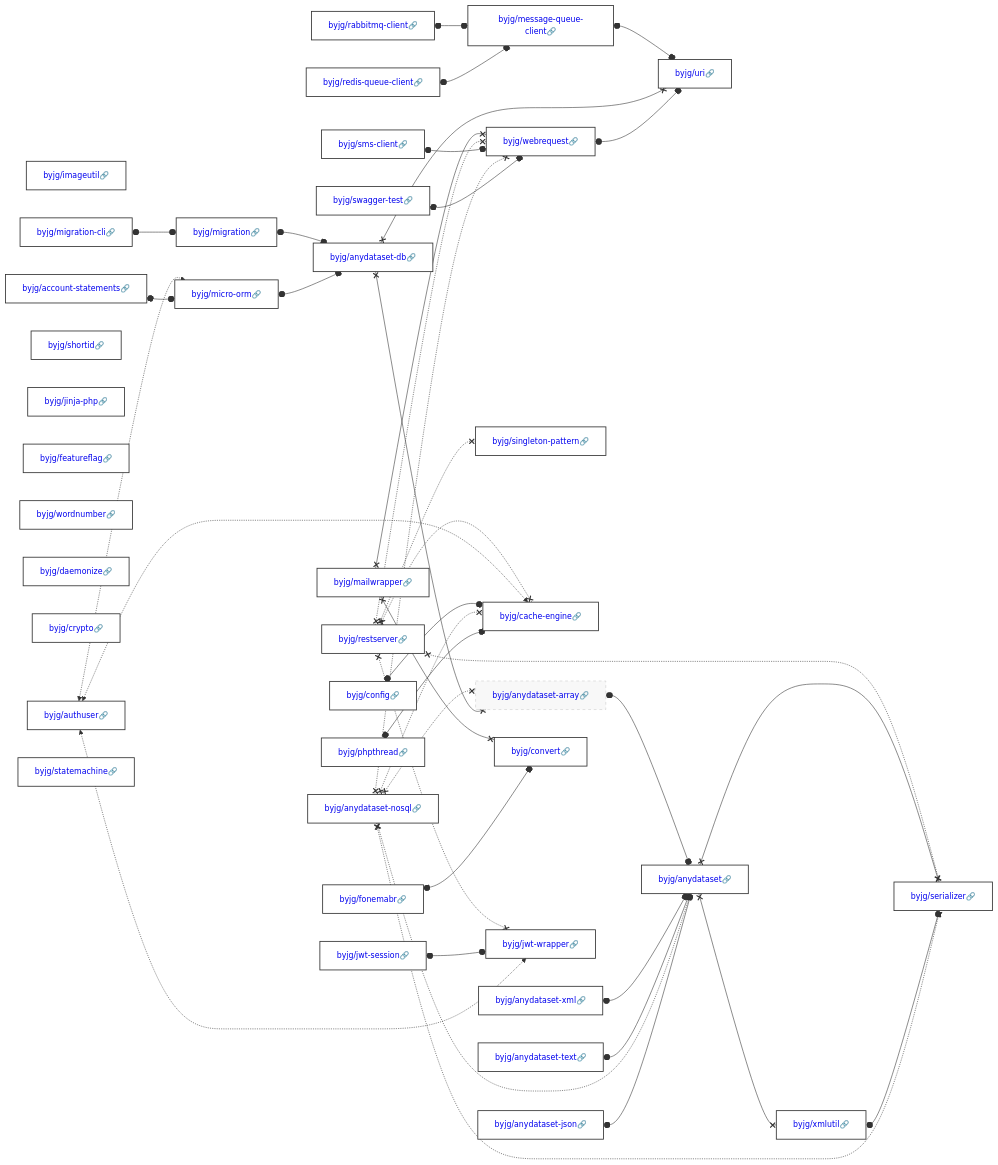
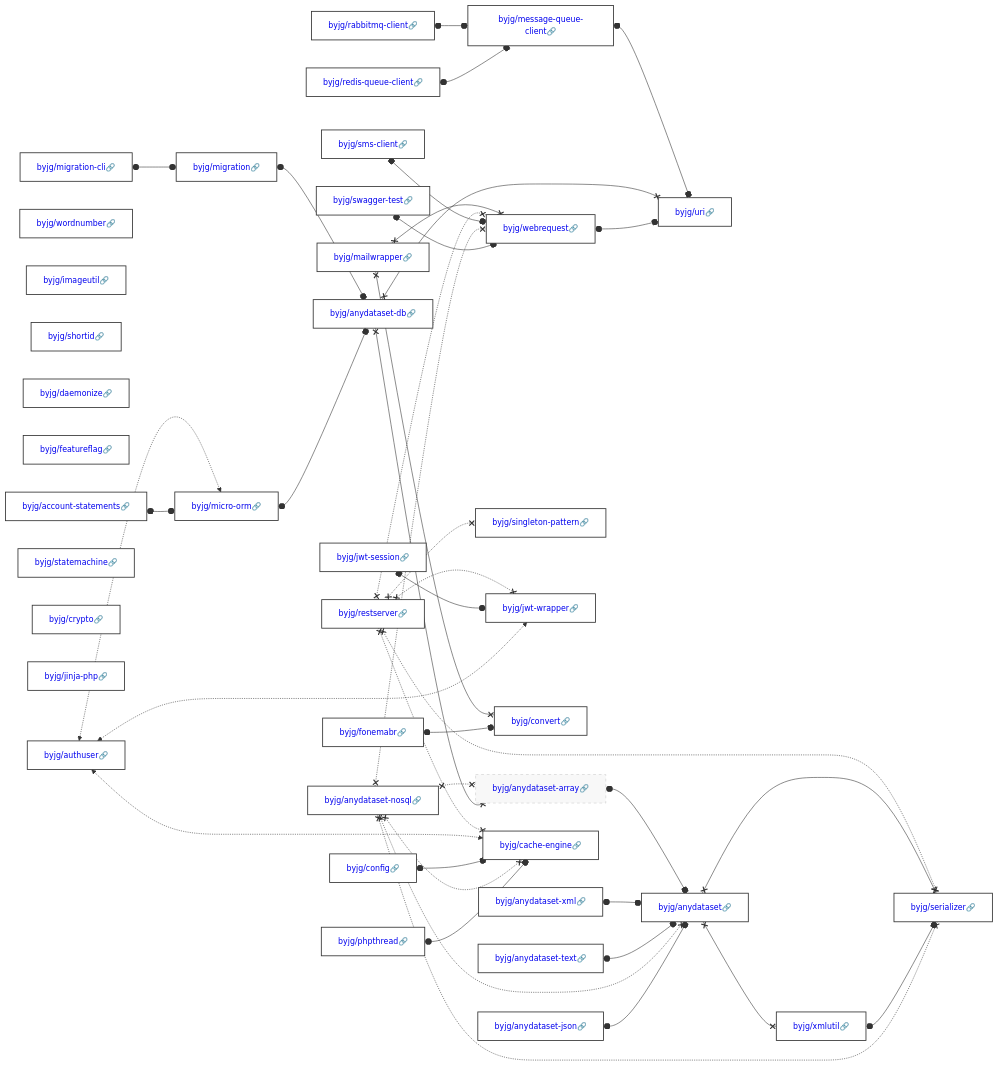
One commit to byjg/byjg.github.io changed the diagram in docs/php/README.md. Above: the diagram before and after it, drawn with Mermaid. The commit also changed other lines of this file and 3 other files, not shown here.

Commit message:
Update documentation 'php' 'php-micro-orm'

````diff
--- a/docs/php/README.md
+++ b/docs/php/README.md
@@ -3,38 +3,38 @@
 ```mermaid
 graph LR;
+  byjg/redis-queue-client[<a href='https://opensource.byjg.com/docs/php/redis-queue-client' style='text-decoration:none'>byjg/redis-queue-client🔗</a>];
+  byjg/anydataset-xml[<a href='https://opensource.byjg.com/docs/php/anydataset-xml' style='text-decoration:none'>byjg/anydataset-xml🔗</a>];
+  byjg/phpthread[<a href='https://opensource.byjg.com/docs/php/phpthread' style='text-decoration:none'>byjg/phpthread🔗</a>];
+  byjg/anydataset-text[<a href='https://opensource.byjg.com/docs/php/anydataset-text' style='text-decoration:none'>byjg/anydataset-text🔗</a>];
+  byjg/account-statements[<a href='https://opensource.byjg.com/docs/php/account-statements' style='text-decoration:none'>byjg/account-statements🔗</a>];
+  byjg/sms-client[<a href='https://opensource.byjg.com/docs/php/sms-client' style='text-decoration:none'>byjg/sms-client🔗</a>];
+  byjg/mailwrapper[<a href='https://opensource.byjg.com/docs/php/mailwrapper' style='text-decoration:none'>byjg/mailwrapper🔗</a>];
+  byjg/config[<a href='https://opensource.byjg.com/docs/php/config' style='text-decoration:none'>byjg/config🔗</a>];
+  byjg/wordnumber[<a href='https://opensource.byjg.com/docs/php/wordnumber' style='text-decoration:none'>byjg/wordnumber🔗</a>];
+  byjg/anydataset-json[<a href='https://opensource.byjg.com/docs/php/anydataset-json' style='text-decoration:none'>byjg/anydataset-json🔗</a>];
   byjg/imageutil[<a href='https://opensource.byjg.com/docs/php/imageutil' style='text-decoration:none'>byjg/imageutil🔗</a>];
+  byjg/shortid[<a href='https://opensource.byjg.com/docs/php/shortid' style='text-decoration:none'>byjg/shortid🔗</a>];
+  byjg/daemonize[<a href='https://opensource.byjg.com/docs/php/daemonize' style='text-decoration:none'>byjg/daemonize🔗</a>];
+  byjg/featureflag[<a href='https://opensource.byjg.com/docs/php/featureflag' style='text-decoration:none'>byjg/featureflag🔗</a>];
+  byjg/authuser[<a href='https://opensource.byjg.com/docs/php/authuser' style='text-decoration:none'>byjg/authuser🔗</a>];
+  byjg/statemachine[<a href='https://opensource.byjg.com/docs/php/statemachine' style='text-decoration:none'>byjg/statemachine🔗</a>];
+  byjg/restserver[<a href='https://opensource.byjg.com/docs/php/restserver' style='text-decoration:none'>byjg/restserver🔗</a>];
+  byjg/swagger-test[<a href='https://opensource.byjg.com/docs/php/swagger-test' style='text-decoration:none'>byjg/swagger-test🔗</a>];
+  byjg/jwt-session[<a href='https://opensource.byjg.com/docs/php/jwt-session' style='text-decoration:none'>byjg/jwt-session🔗</a>];
+  byjg/fonemabr[<a href='https://opensource.byjg.com/docs/php/fonemabr' style='text-decoration:none'>byjg/fonemabr🔗</a>];
+  byjg/crypto[<a href='https://opensource.byjg.com/docs/php/crypto' style='text-decoration:none'>byjg/crypto🔗</a>];
+  byjg/jinja-php[<a href='https://opensource.byjg.com/docs/php/jinja-php' style='text-decoration:none'>byjg/jinja-php🔗</a>];
+  byjg/rabbitmq-client[<a href='https://opensource.byjg.com/docs/php/rabbitmq-client' style='text-decoration:none'>byjg/rabbitmq-client🔗</a>];
+  byjg/anydataset-nosql[<a href='https://opensource.byjg.com/docs/php/anydataset-nosql' style='text-decoration:none'>byjg/anydataset-nosql🔗</a>];
   byjg/migration-cli[<a href='https://opensource.byjg.com/docs/php/migration-cli' style='text-decoration:none'>byjg/migration-cli🔗</a>];
-  byjg/authuser[<a href='https://opensource.byjg.com/docs/php/authuser' style='text-decoration:none'>byjg/authuser🔗</a>];
-  byjg/anydataset-text[<a href='https://opensource.byjg.com/docs/php/anydataset-text' style='text-decoration:none'>byjg/anydataset-text🔗</a>];
-  byjg/shortid[<a href='https://opensource.byjg.com/docs/php/shortid' style='text-decoration:none'>byjg/shortid🔗</a>];
-  byjg/jinja-php[<a href='https://opensource.byjg.com/docs/php/jinja-php' style='text-decoration:none'>byjg/jinja-php🔗</a>];
-  byjg/restserver[<a href='https://opensource.byjg.com/docs/php/restserver' style='text-decoration:none'>byjg/restserver🔗</a>];
-  byjg/sms-client[<a href='https://opensource.byjg.com/docs/php/sms-client' style='text-decoration:none'>byjg/sms-client🔗</a>];
-  byjg/featureflag[<a href='https://opensource.byjg.com/docs/php/featureflag' style='text-decoration:none'>byjg/featureflag🔗</a>];
-  byjg/anydataset-xml[<a href='https://opensource.byjg.com/docs/php/anydataset-xml' style='text-decoration:none'>byjg/anydataset-xml🔗</a>];
-  byjg/config[<a href='https://opensource.byjg.com/docs/php/config' style='text-decoration:none'>byjg/config🔗</a>];
-  byjg/anydataset-nosql[<a href='https://opensource.byjg.com/docs/php/anydataset-nosql' style='text-decoration:none'>byjg/anydataset-nosql🔗</a>];
-  byjg/phpthread[<a href='https://opensource.byjg.com/docs/php/phpthread' style='text-decoration:none'>byjg/phpthread🔗</a>];
-  byjg/mailwrapper[<a href='https://opensource.byjg.com/docs/php/mailwrapper' style='text-decoration:none'>byjg/mailwrapper🔗</a>];
-  byjg/wordnumber[<a href='https://opensource.byjg.com/docs/php/wordnumber' style='text-decoration:none'>byjg/wordnumber🔗</a>];
-  byjg/swagger-test[<a href='https://opensource.byjg.com/docs/php/swagger-test' style='text-decoration:none'>byjg/swagger-test🔗</a>];
-  byjg/daemonize[<a href='https://opensource.byjg.com/docs/php/daemonize' style='text-decoration:none'>byjg/daemonize🔗</a>];
-  byjg/crypto[<a href='https://opensource.byjg.com/docs/php/crypto' style='text-decoration:none'>byjg/crypto🔗</a>];
-  byjg/rabbitmq-client[<a href='https://opensource.byjg.com/docs/php/rabbitmq-client' style='text-decoration:none'>byjg/rabbitmq-client🔗</a>];
-  byjg/redis-queue-client[<a href='https://opensource.byjg.com/docs/php/redis-queue-client' style='text-decoration:none'>byjg/redis-queue-client🔗</a>];
-  byjg/fonemabr[<a href='https://opensource.byjg.com/docs/php/fonemabr' style='text-decoration:none'>byjg/fonemabr🔗</a>];
-  byjg/jwt-session[<a href='https://opensource.byjg.com/docs/php/jwt-session' style='text-decoration:none'>byjg/jwt-session🔗</a>];
-  byjg/account-statements[<a href='https://opensource.byjg.com/docs/php/account-statements' style='text-decoration:none'>byjg/account-statements🔗</a>];
-  byjg/anydataset-json[<a href='https://opensource.byjg.com/docs/php/anydataset-json' style='text-decoration:none'>byjg/anydataset-json🔗</a>];
-  byjg/statemachine[<a href='https://opensource.byjg.com/docs/php/statemachine' style='text-decoration:none'>byjg/statemachine🔗</a>];
+  byjg/micro-orm[<a href='https://opensource.byjg.com/docs/php/micro-orm' style='text-decoration:none'>byjg/micro-orm🔗</a>];
+  byjg/singleton-pattern[<a href='https://opensource.byjg.com/docs/php/singleton-pattern' style='text-decoration:none'>byjg/singleton-pattern🔗</a>];
+  byjg/jwt-wrapper[<a href='https://opensource.byjg.com/docs/php/jwt-wrapper' style='text-decoration:none'>byjg/jwt-wrapper🔗</a>];
+  byjg/convert[<a href='https://opensource.byjg.com/docs/php/convert' style='text-decoration:none'>byjg/convert🔗</a>];
+  byjg/message-queue-client[<a href='https://opensource.byjg.com/docs/php/message-queue-client' style='text-decoration:none'>byjg/message-queue-client🔗</a>];
+  byjg/webrequest[<a href='https://opensource.byjg.com/docs/php/webrequest' style='text-decoration:none'>byjg/webrequest🔗</a>];
+  byjg/cache-engine[<a href='https://opensource.byjg.com/docs/php/cache-engine' style='text-decoration:none'>byjg/cache-engine🔗</a>];
   byjg/migration[<a href='https://opensource.byjg.com/docs/php/migration' style='text-decoration:none'>byjg/migration🔗</a>];
-  byjg/singleton-pattern[<a href='https://opensource.byjg.com/docs/php/singleton-pattern' style='text-decoration:none'>byjg/singleton-pattern🔗</a>];
-  byjg/cache-engine[<a href='https://opensource.byjg.com/docs/php/cache-engine' style='text-decoration:none'>byjg/cache-engine🔗</a>];
-  byjg/webrequest[<a href='https://opensource.byjg.com/docs/php/webrequest' style='text-decoration:none'>byjg/webrequest🔗</a>];
-  byjg/message-queue-client[<a href='https://opensource.byjg.com/docs/php/message-queue-client' style='text-decoration:none'>byjg/message-queue-client🔗</a>];
-  byjg/convert[<a href='https://opensource.byjg.com/docs/php/convert' style='text-decoration:none'>byjg/convert🔗</a>];
-  byjg/jwt-wrapper[<a href='https://opensource.byjg.com/docs/php/jwt-wrapper' style='text-decoration:none'>byjg/jwt-wrapper🔗</a>];
-  byjg/micro-orm[<a href='https://opensource.byjg.com/docs/php/micro-orm' style='text-decoration:none'>byjg/micro-orm🔗</a>];
   byjg/anydataset-db[<a href='https://opensource.byjg.com/docs/php/anydataset-db' style='text-decoration:none'>byjg/anydataset-db🔗</a>];
   byjg/anydataset-array[<a href='https://opensource.byjg.com/docs/php/anydataset-array' style='text-decoration:none'>byjg/anydataset-array🔗</a>];
   byjg/uri[<a href='https://opensource.byjg.com/docs/php/uri' style='text-decoration:none'>byjg/uri🔗</a>];
````
